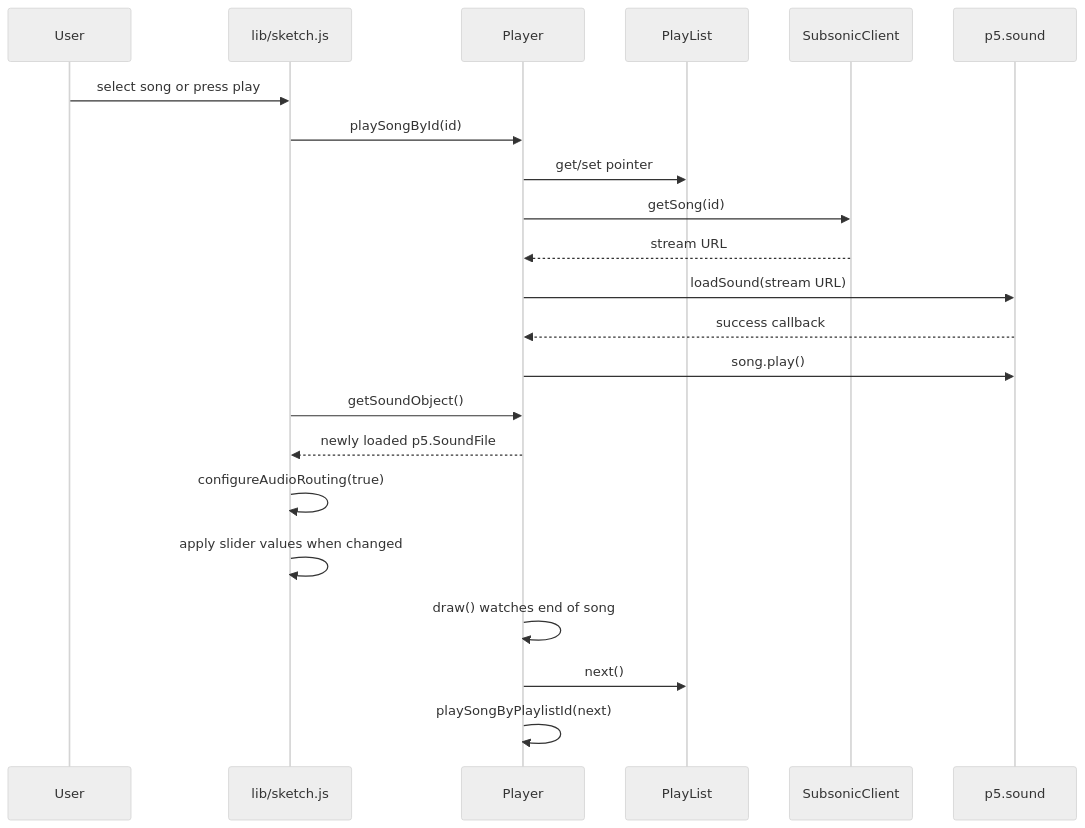
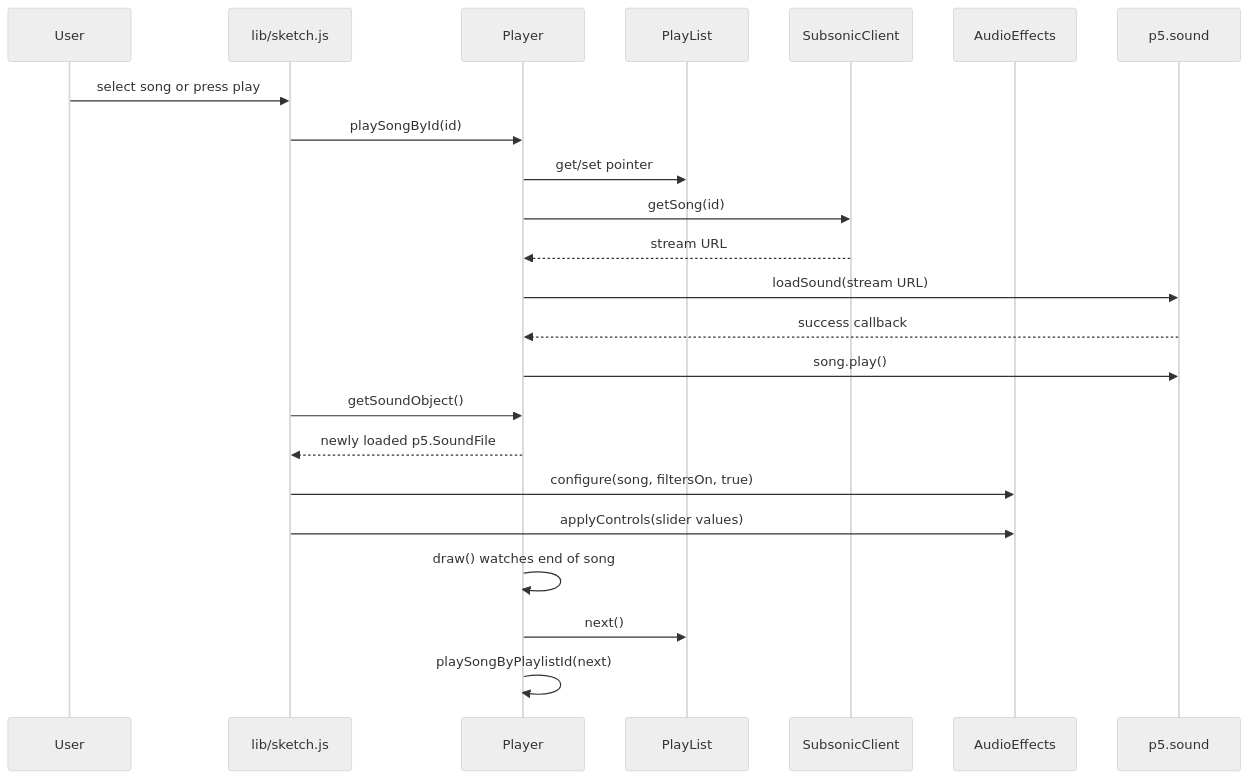
Before and after one commit to Leorivasc/neon_deck: the fifth of 11 diagrams in doc/diagrams.md, drawn with Mermaid (neutral theme). The commit also changed 4 other files, not shown here.

````diff
--- a/doc/diagrams.md
+++ b/doc/diagrams.md
@@ -140,25 +140,26 @@
 ```mermaid
 sequenceDiagram
     participant User
     participant Sketch as lib/sketch.js
     participant Player
     participant Queue as PlayList
     participant Client as SubsonicClient
+    participant AudioEffects
     participant P5 as p5.sound
 
     User->>Sketch: select song or press play
     Sketch->>Player: playSongById(id)
     Player->>Queue: get/set pointer
     Player->>Client: getSong(id)
     Client-->>Player: stream URL
     Player->>P5: loadSound(stream URL)
     P5-->>Player: success callback
     Player->>P5: song.play()
     Sketch->>Player: getSoundObject()
     Player-->>Sketch: newly loaded p5.SoundFile
-    Sketch->>Sketch: configureAudioRouting(true)
-    Sketch->>Sketch: apply slider values when changed
+    Sketch->>AudioEffects: configure(song, filtersOn, true)
+    Sketch->>AudioEffects: applyControls(slider values)
     Player->>Player: draw() watches end of song
     Player->>Queue: next()
     Player->>Player: playSongByPlaylistId(next)
 ```
````
